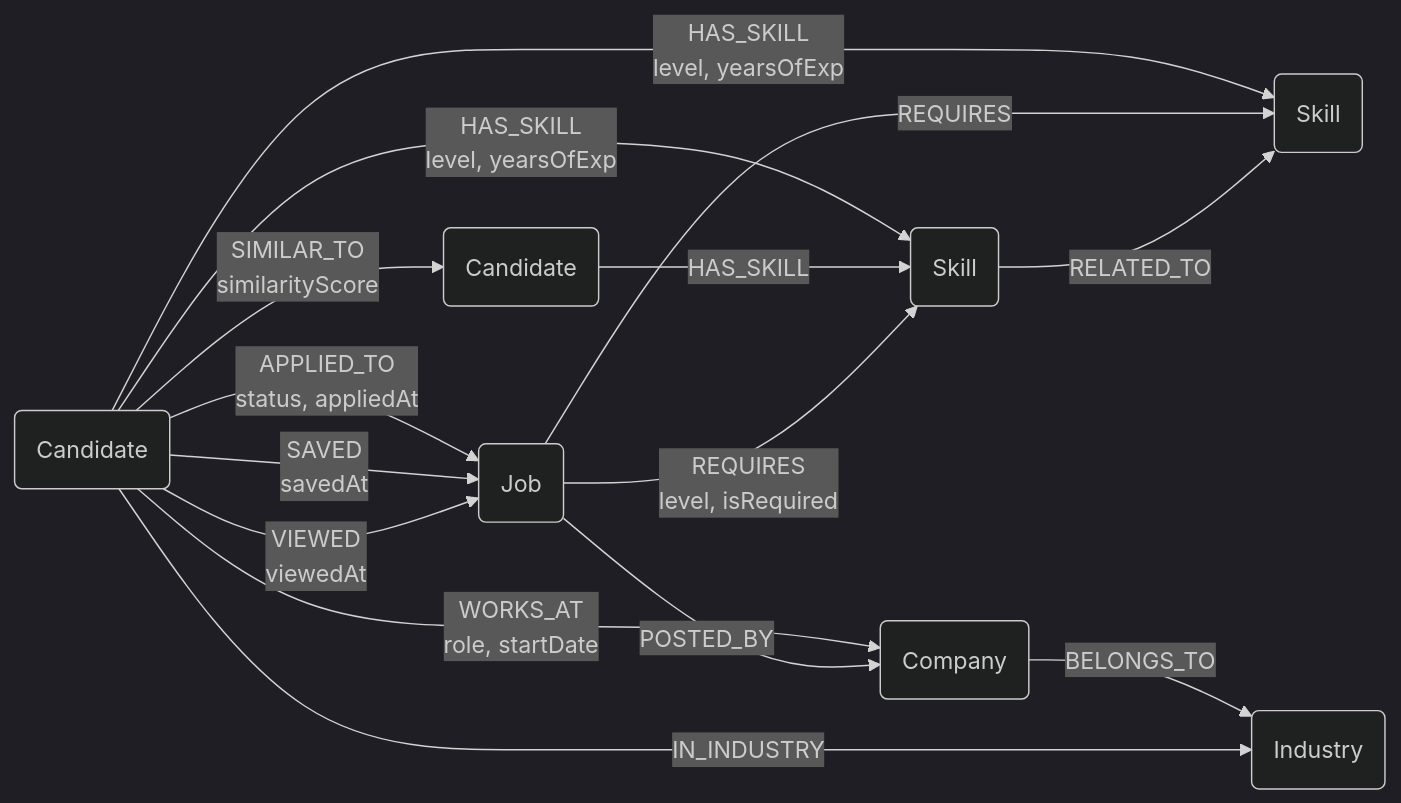
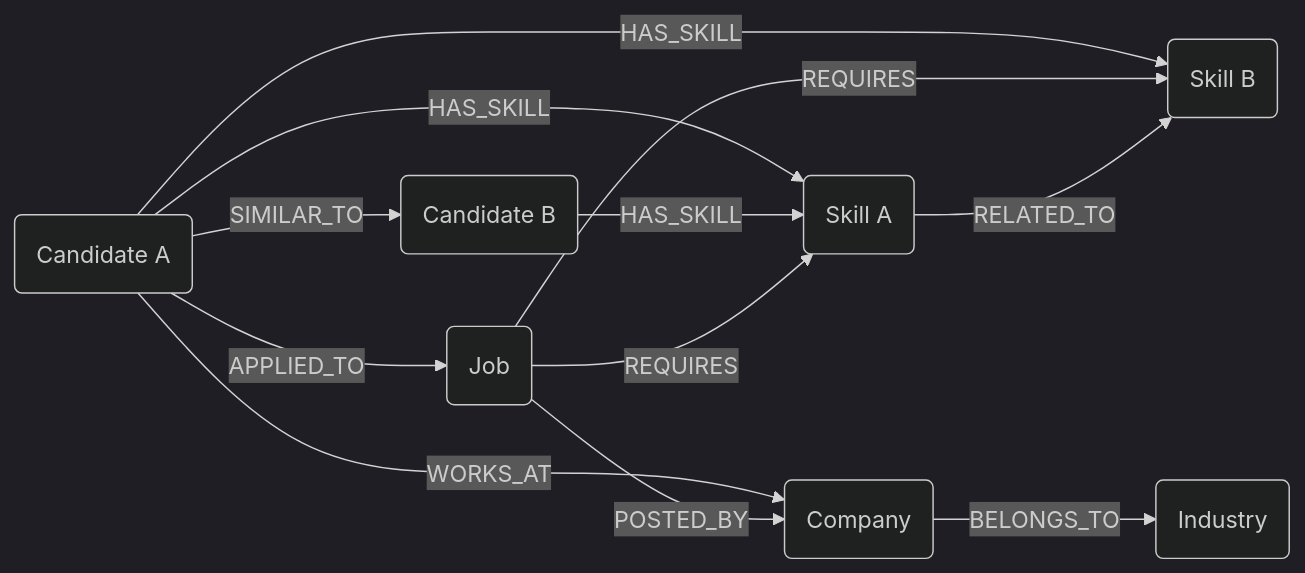
One commit to AnnBuiii/csdlnc changed the third of 3 diagrams in BaoCao_DoAn_HeThongTuyenDungThongMinh.md. Above: the diagram before and after it, drawn with Mermaid (dark theme). The commit also changed other lines of this file and 94 other files, not shown here.

````diff
--- a/BaoCao_DoAn_HeThongTuyenDungThongMinh.md
+++ b/BaoCao_DoAn_HeThongTuyenDungThongMinh.md
@@ -405,25 +419,22 @@
 ```mermaid
 graph LR
-    C1(Candidate)
-    C2(Candidate)
+    C1(Candidate A)
+    C2(Candidate B)
     J(Job)
     CO(Company)
-    SK1(Skill)
-    SK2(Skill)
+    SK1(Skill A)
+    SK2(Skill B)
     IND(Industry)
 
-    C1 -->|HAS_SKILL\nlevel, yearsOfExp| SK1
-    C1 -->|HAS_SKILL\nlevel, yearsOfExp| SK2
+    C1 -->|HAS_SKILL| SK1
+    C1 -->|HAS_SKILL| SK2
     C2 -->|HAS_SKILL| SK1
-    C1 -->|APPLIED_TO\nstatus, appliedAt| J
-    C1 -->|WORKS_AT\nrole, startDate| CO
-    C1 -->|SAVED\nsavedAt| J
-    C1 -->|VIEWED\nviewedAt| J
-    C1 -->|SIMILAR_TO\nsimilarityScore| C2
-    J -->|REQUIRES\nlevel, isRequired| SK1
-    J -->|REQUIRES| SK2
-    J -->|POSTED_BY| CO
+    C1 -->|APPLIED_TO| J
+    C1 -->|WORKS_AT| CO
+    C1 -->|SIMILAR_TO| C2
+    J  -->|REQUIRES| SK1
+    J  -->|REQUIRES| SK2
+    J  -->|POSTED_BY| CO
     CO -->|BELONGS_TO| IND
-    C1 -->|IN_INDUSTRY| IND
     SK1 -->|RELATED_TO| SK2
 ```
````
